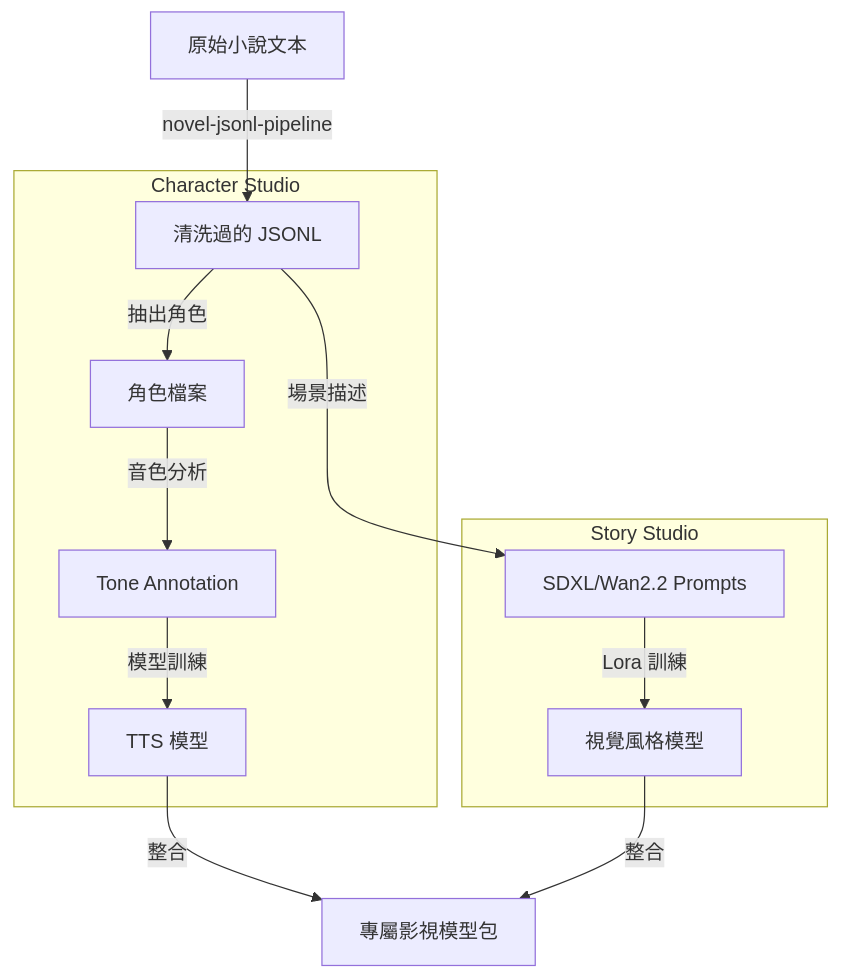
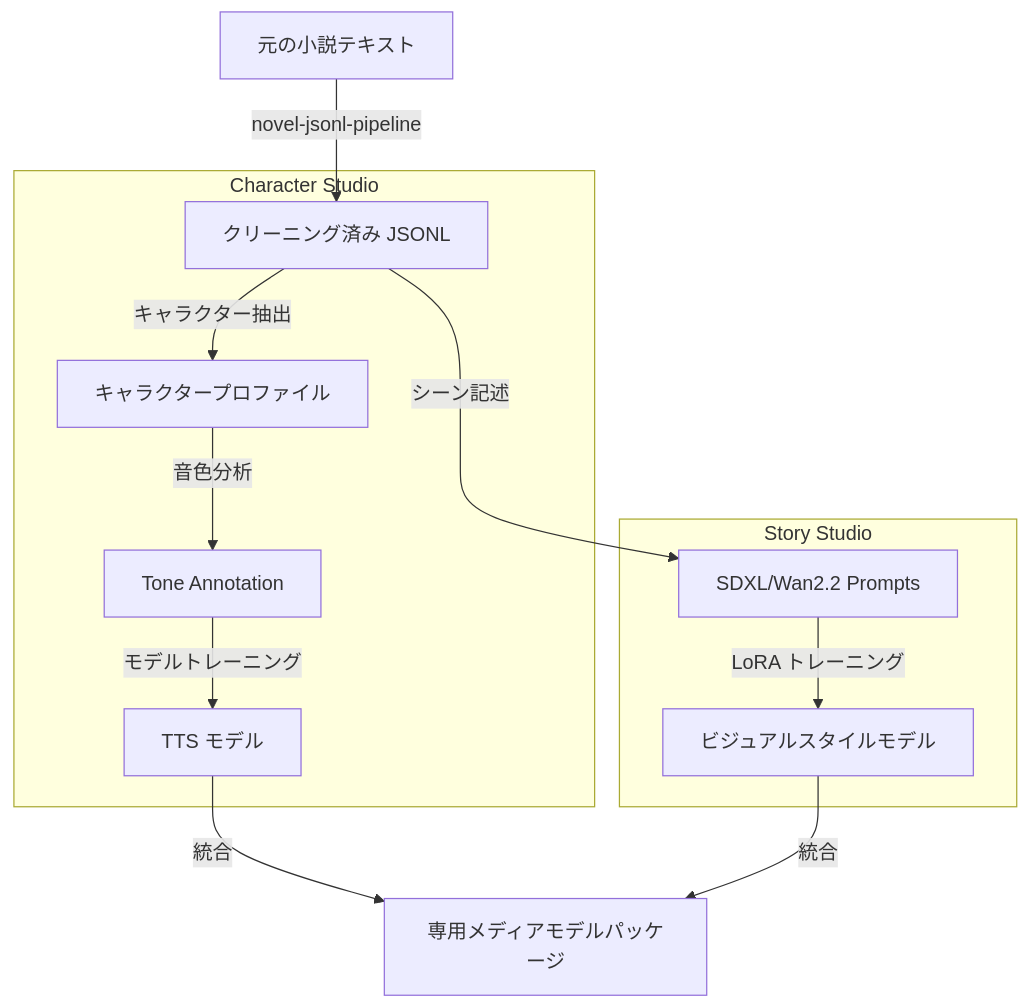
Before and after one commit to AtsushiHarimoto/portfolio: the diagram in public/knowledge/ja/12_diagrams/09.Model_Studio_Integration.md, drawn with Mermaid. The commit also changed other lines of this file and 51 other files, not shown here.

First line of the commit message:
feat: remove YouTube hover animation, strip article numbering, translate 11_claude_code + 12_diagrams (EN/JA)

````diff
--- a/public/knowledge/ja/12_diagrams/09.Model_Studio_Integration.md
+++ b/public/knowledge/ja/12_diagrams/09.Model_Studio_Integration.md
@@ -7,17 +7,17 @@
 ```mermaid
 flowchart TD
-    Raw[原始小說文本] -->| novel-jsonl-pipeline | Clean[清洗過的 JSONL]
+    Raw[元の小説テキスト] -->| novel-jsonl-pipeline | Clean[クリーニング済み JSONL]
 
     subgraph "Character Studio"
-        Clean -->|抽出角色| Profiles[角色檔案]
+        Clean -->|キャラクター抽出| Profiles[キャラクタープロファイル]
         Profiles -->|音色分析| Tone[Tone Annotation]
-        Tone -->|模型訓練| GPT_SoVITS[TTS 模型]
+        Tone -->|モデルトレーニング| GPT_SoVITS[TTS モデル]
     end
 
     subgraph "Story Studio"
-        Clean -->|場景描述| Prompts[SDXL/Wan2.2 Prompts]
-        Prompts -->|Lora 訓練| Visual[視覺風格模型]
+        Clean -->|シーン記述| Prompts[SDXL/Wan2.2 Prompts]
+        Prompts -->|LoRA トレーニング| Visual[ビジュアルスタイルモデル]
     end
 
-    GPT_SoVITS & Visual -->|整合| Final[專屬影視模型包]
+    GPT_SoVITS & Visual -->|統合| Final[専用メディアモデルパッケージ]
 ```
````
